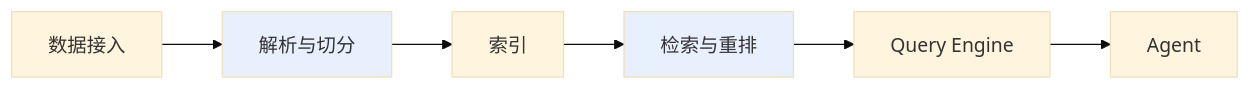
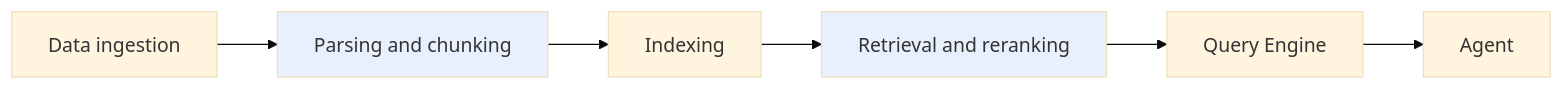
One commit to oneleaveknowsthefall/awesome-ai-roadmap changed the second of 2 diagrams in docs/frameworks/01-langchain/03-ecosystem/07-langchain-vs-llamaindex.md. Above: the diagram before and after it, drawn with Mermaid (base theme). The commit also changed other lines of this file and 70 other files, not shown here.

````diff
--- a/docs/frameworks/01-langchain/03-ecosystem/07-langchain-vs-llamaindex.md
+++ b/docs/frameworks/01-langchain/03-ecosystem/07-langchain-vs-llamaindex.md
@@ -56,7 +56,7 @@
 ```mermaid
 flowchart LR
-    A["数据接入"] --> B["解析与切分"] --> C["索引"] --> D["检索与重排"] --> E["Query Engine"] --> F["Agent"]
+    A["Data ingestion"] --> B["Parsing and chunking"] --> C["Indexing"] --> D["Retrieval and reranking"] --> E["Query Engine"] --> F["Agent"]
 
     style B fill:#e8f0fe
     style D fill:#e8f0fe
 ```
````
